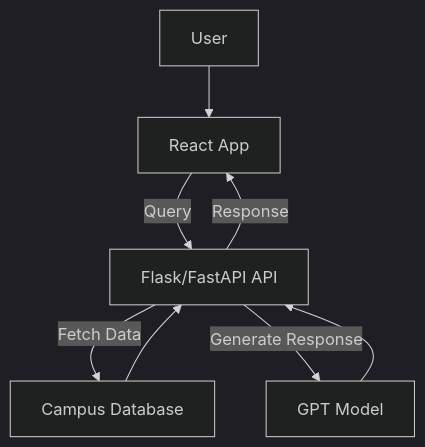
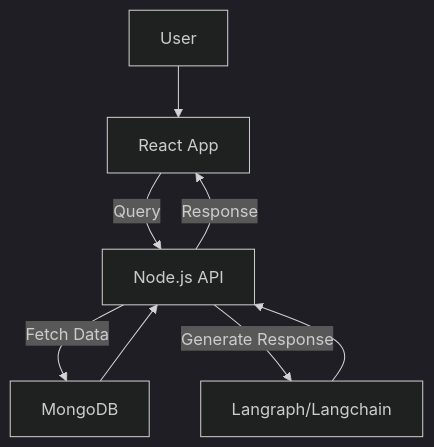
The diagram in README.md (scout2002/Lost-on-campus), drawn with Mermaid (dark theme) before and after one commit. The commit also changed other lines of this file and 9 other files, not shown here.

````diff
--- a/README.md
+++ b/README.md
@@ -43,10 +47,10 @@
 ```mermaid
 graph TD;
     User-->Frontend[React App];
-    Frontend-->|Query|Backend[Flask/FastAPI API];
-    Backend-->|Fetch Data|DB[Campus Database];
-    Backend-->|Generate Response|LLM[GPT Model];
+    Frontend-->|Query|Backend[Node.js API];
+    Backend-->|Fetch Data|DB[MongoDB];
+    Backend-->|Generate Response|LLM[Langraph/Langchain];
     DB-->Backend;
     LLM-->Backend;
     Backend-->|Response|Frontend;
 ```
````
